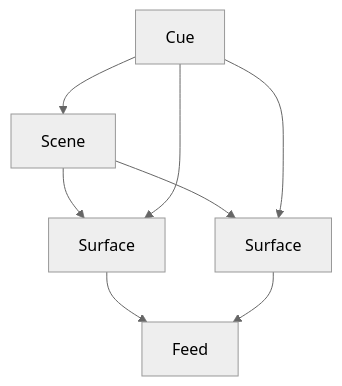
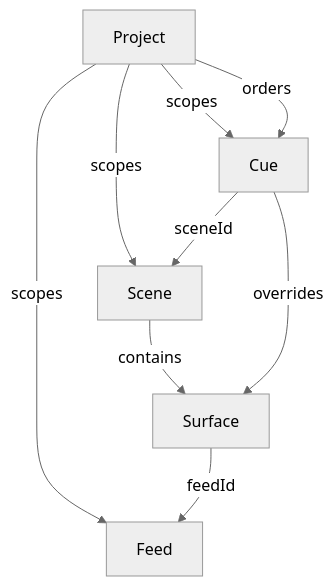
Before and after one commit to aweijnitz/lumi-mapper: the diagram in README.md, drawn with Mermaid (neutral theme). The commit also changed other lines of this file, not shown here.

````diff
--- a/README.md
+++ b/README.md
@@ -68,16 +69,17 @@
 ```mermaid
 graph TD
-  Feed1[Feed]
-  Surface1[Surface]
-  Surface2[Surface]
-  Scene1[Scene]
-  Cue1[Cue]
+  Project[Project]
+  Feed[Feed]
+  Scene[Scene]
+  Surface[Surface]
+  Cue[Cue]
 
-  Surface1 --> Feed1
-  Surface2 --> Feed1
-  Scene1 --> Surface1
-  Scene1 --> Surface2
-  Cue1 --> Scene1
-  Cue1 --> Surface1
-  Cue1 --> Surface2
+  Project -->|scopes| Feed
+  Project -->|scopes| Scene
+  Project -->|scopes| Cue
+  Project -->|orders| Cue
+  Scene -->|contains| Surface
+  Surface -->|feedId| Feed
+  Cue -->|sceneId| Scene
+  Cue -->|overrides| Surface
 ```
````
